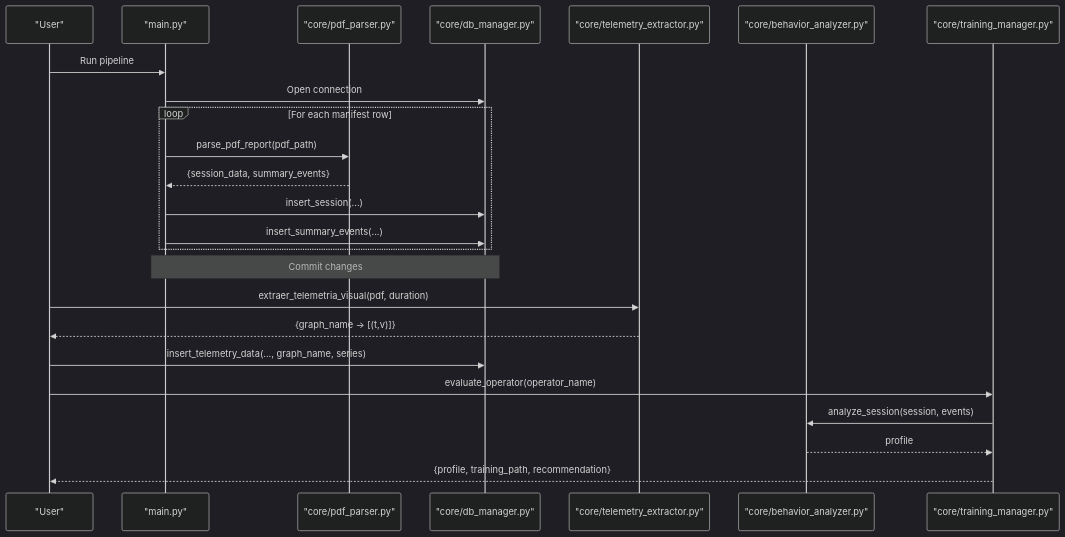
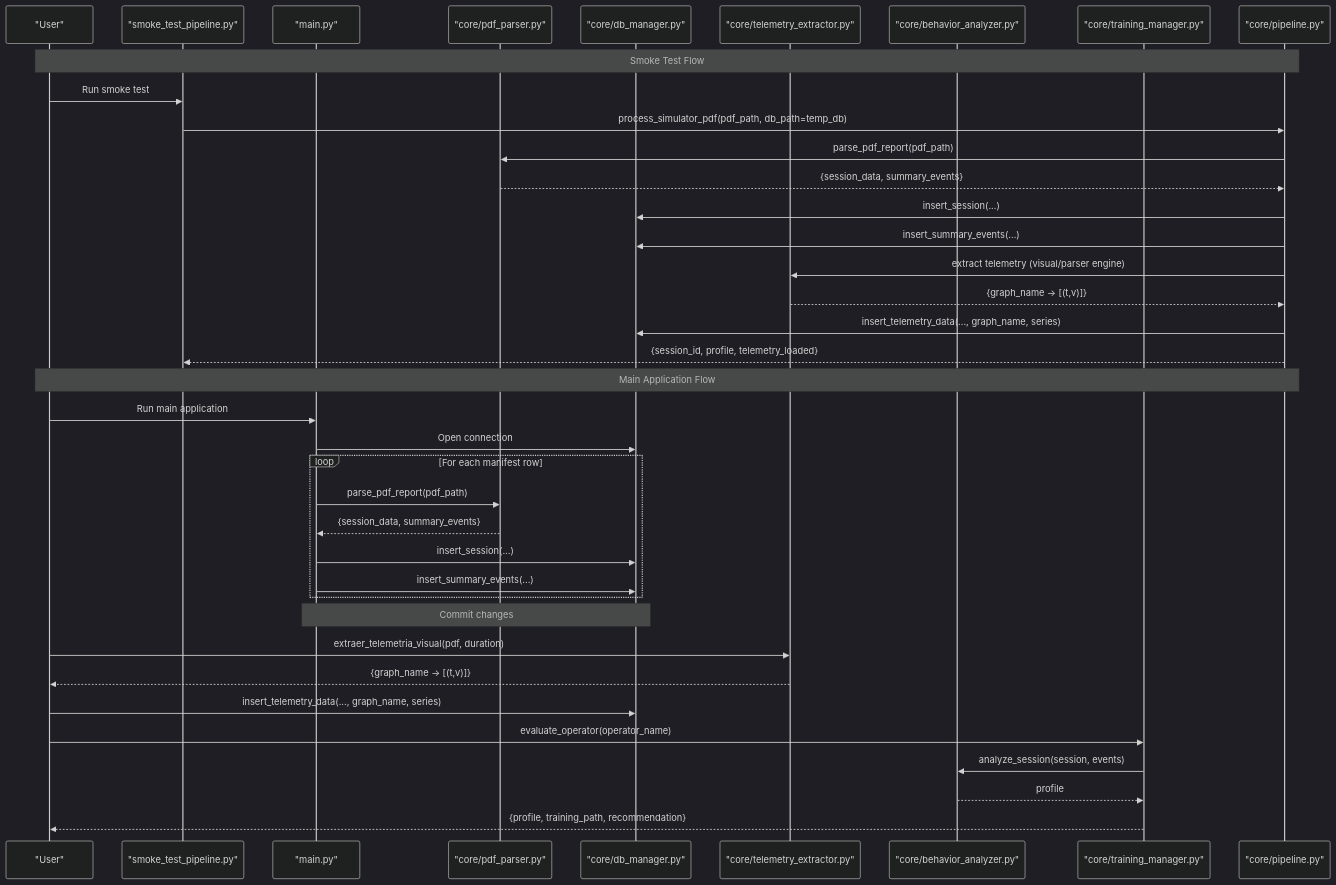
Before and after one commit to AgusCatra/Proyecto-titan.v2: the second of 8 diagrams in .qoder/repowiki/en/content/Testing and Quality Assurance.md, drawn with Mermaid (dark theme). The commit also changed other lines of this file and 36 other files, not shown here.

````diff
--- a/.qoder/repowiki/en/content/Testing and Quality Assurance.md
+++ b/.qoder/repowiki/en/content/Testing and Quality Assurance.md
@@ -122,26 +148,40 @@
 ```mermaid
 sequenceDiagram
 participant User as "User"
+participant SmokeTest as "smoke_test_pipeline.py"
 participant Main as "main.py"
 participant Parser as "core/pdf_parser.py"
 participant DB as "core/db_manager.py"
 participant TE as "core/telemetry_extractor.py"
 participant BA as "core/behavior_analyzer.py"
 participant TM as "core/training_manager.py"
-User->>Main : Run pipeline
+participant PL as "core/pipeline.py"
+Note over User,PL : Smoke Test Flow
+User->>SmokeTest : Run smoke test
+SmokeTest->>PL : process_simulator_pdf(pdf_path, db_path=temp_db)
+PL->>Parser : parse_pdf_report(pdf_path)
+Parser-->>PL : {session_data, summary_events}
+PL->>DB : insert_session(...)
+PL->>DB : insert_summary_events(...)
+PL->>TE : extract telemetry (visual/parser engine)
+TE-->>PL : {graph_name -> [(t,v)]}
+PL->>DB : insert_telemetry_data(..., graph_name, series)
+PL-->>SmokeTest : {session_id, profile, telemetry_loaded}
+Note over User,PL : Main Application Flow
+User->>Main : Run main application
 Main->>DB : Open connection
 loop For each manifest row
 Main->>Parser : parse_pdf_report(pdf_path)
 Parser-->>Main : {session_data, summary_events}
 Main->>DB : insert_session(...)
 Main->>DB : insert_summary_events(...)
 end
 Note over Main,DB : Commit changes
 User->>TE : extraer_telemetria_visual(pdf, duration)
 TE-->>User : {graph_name -> [(t,v)]}
 User->>DB : insert_telemetry_data(..., graph_name, series)
 User->>TM : evaluate_operator(operator_name)
 TM->>BA : analyze_session(session, events)
 BA-->>TM : profile
 TM-->>User : {profile, training_path, recommendation}
 ```
````
